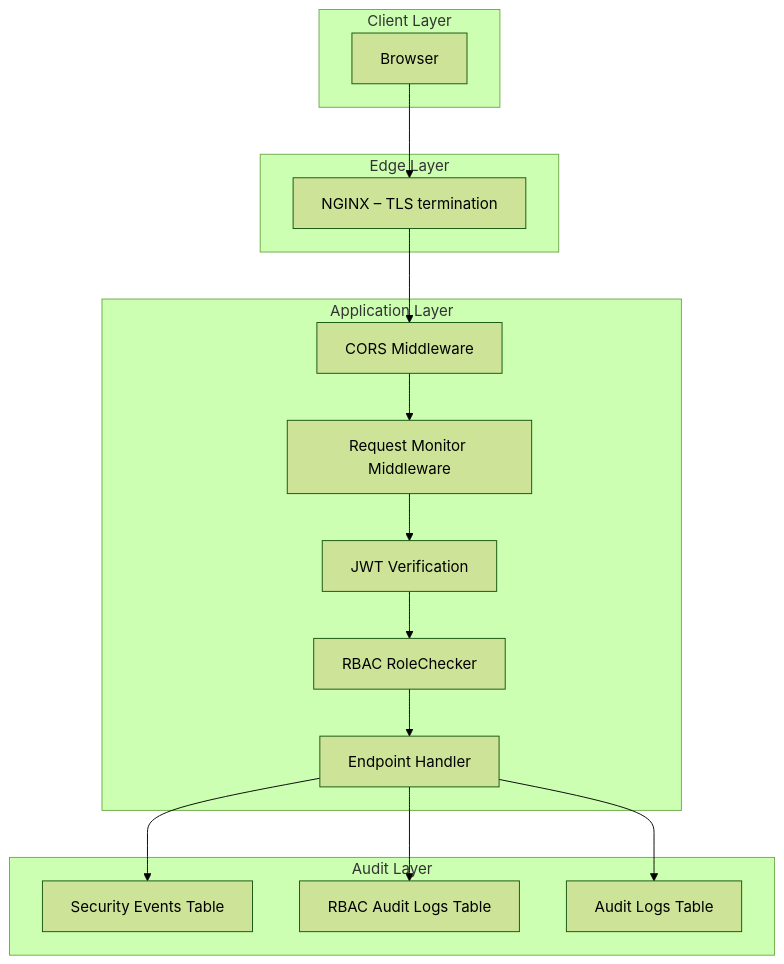
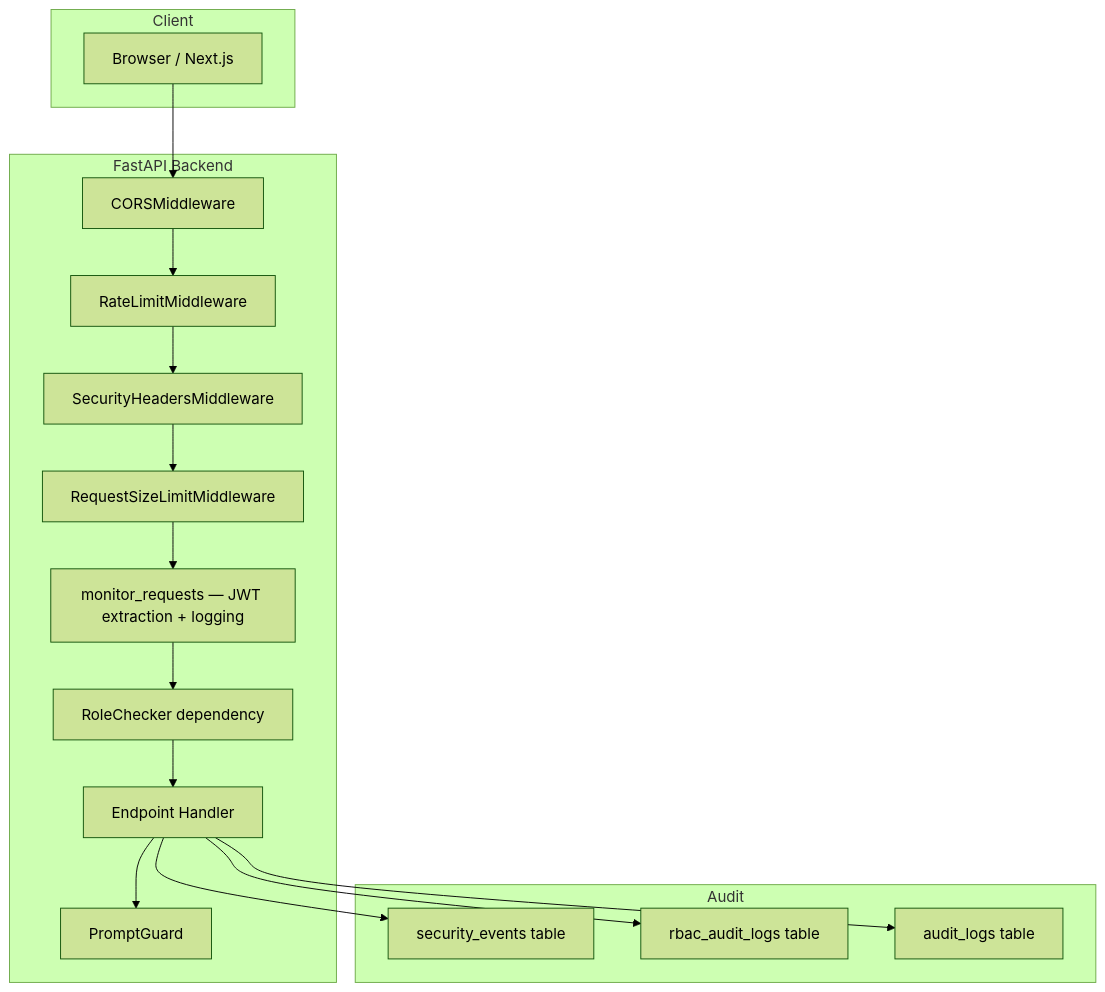
One commit to raghvendrabhati02/bridgestone-it-agent changed the first of 2 diagrams in docs/Security.md. Above: the diagram before and after it, drawn with Mermaid (forest theme). The commit also changed other lines of this file and 361 other files, not shown here.

````diff
--- a/docs/Security.md
+++ b/docs/Security.md
@@ -9,34 +9,29 @@
 ```mermaid
 graph TD
-    subgraph Client ["Client Layer"]
-        Browser[Browser]
+    subgraph Client
+        Browser[Browser / Next.js]
     end
 
-    subgraph Edge ["Edge Layer"]
-        NGINX[NGINX – TLS termination]
+    subgraph App["FastAPI Backend"]
+        CORS[CORSMiddleware]
+        RL[RateLimitMiddleware]
+        SH[SecurityHeadersMiddleware]
+        SZ[RequestSizeLimitMiddleware]
+        MON[monitor_requests — JWT extraction + logging]
+        RC[RoleChecker dependency]
+        EP[Endpoint Handler]
+        PG[PromptGuard]
     end
 
-    subgraph App ["Application Layer"]
-        CORS[CORS Middleware]
-        AuthMW[Request Monitor Middleware]
-        JWT[JWT Verification]
-        RBAC[RBAC RoleChecker]
-        EP[Endpoint Handler]
+    subgraph Audit
+        SecEvt[security_events table]
+        RBACLog[rbac_audit_logs table]
+        AuditLog[audit_logs table]
     end
 
-    subgraph Audit ["Audit Layer"]
-        SecEvents[Security Events Table]
-        RBACLogs[RBAC Audit Logs Table]
-        AuditLogs[Audit Logs Table]
-    end
-
-    Browser --> NGINX
-    NGINX --> CORS
-    CORS --> AuthMW
-    AuthMW --> JWT
-    JWT --> RBAC
-    RBAC --> EP
-    EP --> SecEvents
-    EP --> RBACLogs
-    EP --> AuditLogs
+    Browser --> CORS --> RL --> SH --> SZ --> MON --> RC --> EP
+    EP --> PG
+    EP --> SecEvt
+    EP --> RBACLog
+    EP --> AuditLog
 ```
````
